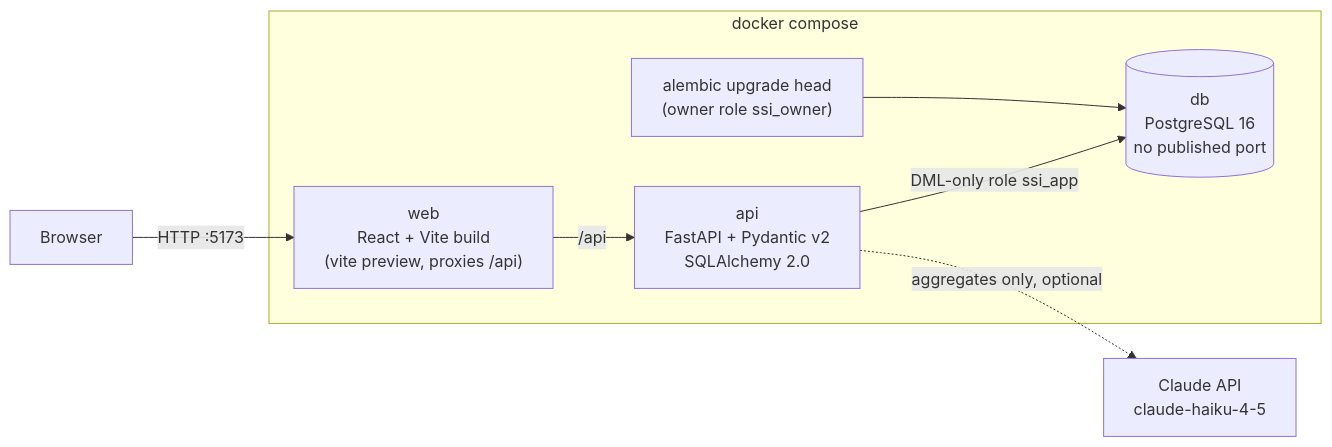
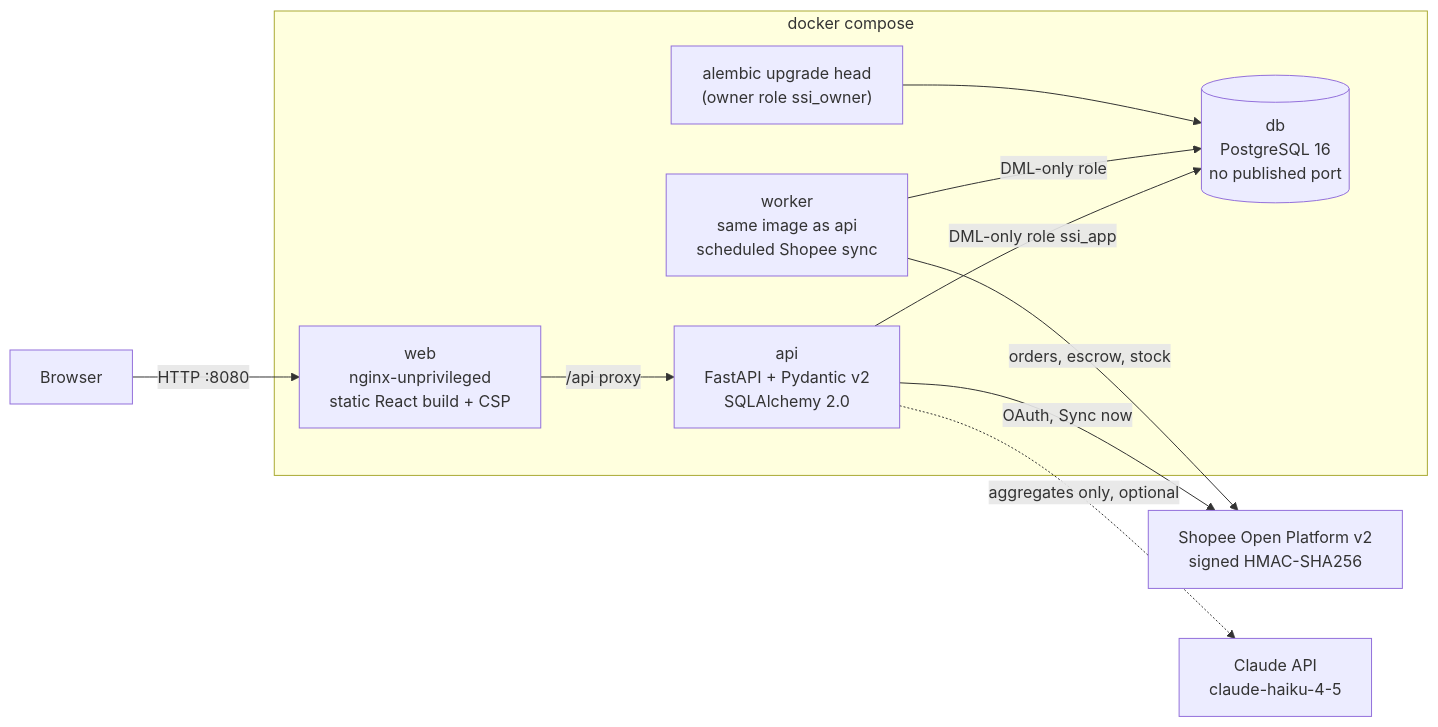
Before and after one commit to GustavoPFARIA/shopee-seller-insights: the first of 2 diagrams in README.md, drawn with Mermaid. The commit also changed other lines of this file and 1 other file, not shown here.

First line of the commit message:
docs: README and SECURITY.md for Shopee integration, roles, sessions and nginx

````diff
--- a/README.md
+++ b/README.md
@@ -54,14 +74,18 @@
 ```mermaid
 flowchart LR
-    B[Browser] -->|HTTP :5173| W["web<br/>React + Vite build<br/>(vite preview, proxies /api)"]
-    W -->|/api| A["api<br/>FastAPI + Pydantic v2<br/>SQLAlchemy 2.0"]
+    B[Browser] -->|HTTP :8080| W["web<br/>nginx-unprivileged<br/>static React build + CSP"]
+    W -->|/api proxy| A["api<br/>FastAPI + Pydantic v2<br/>SQLAlchemy 2.0"]
     A -->|DML-only role ssi_app| D[("db<br/>PostgreSQL 16<br/>no published port")]
+    K["worker<br/>same image as api<br/>scheduled Shopee sync"] -->|DML-only role| D
     M["alembic upgrade head<br/>(owner role ssi_owner)"] --> D
+    A -->|OAuth, Sync now| S["Shopee Open Platform v2<br/>signed HMAC-SHA256"]
+    K -->|orders, escrow, stock| S
     A -.->|aggregates only, optional| C["Claude API<br/>claude-haiku-4-5"]
     subgraph docker compose
       W
       A
+      K
       D
       M
     end
 ```
````
